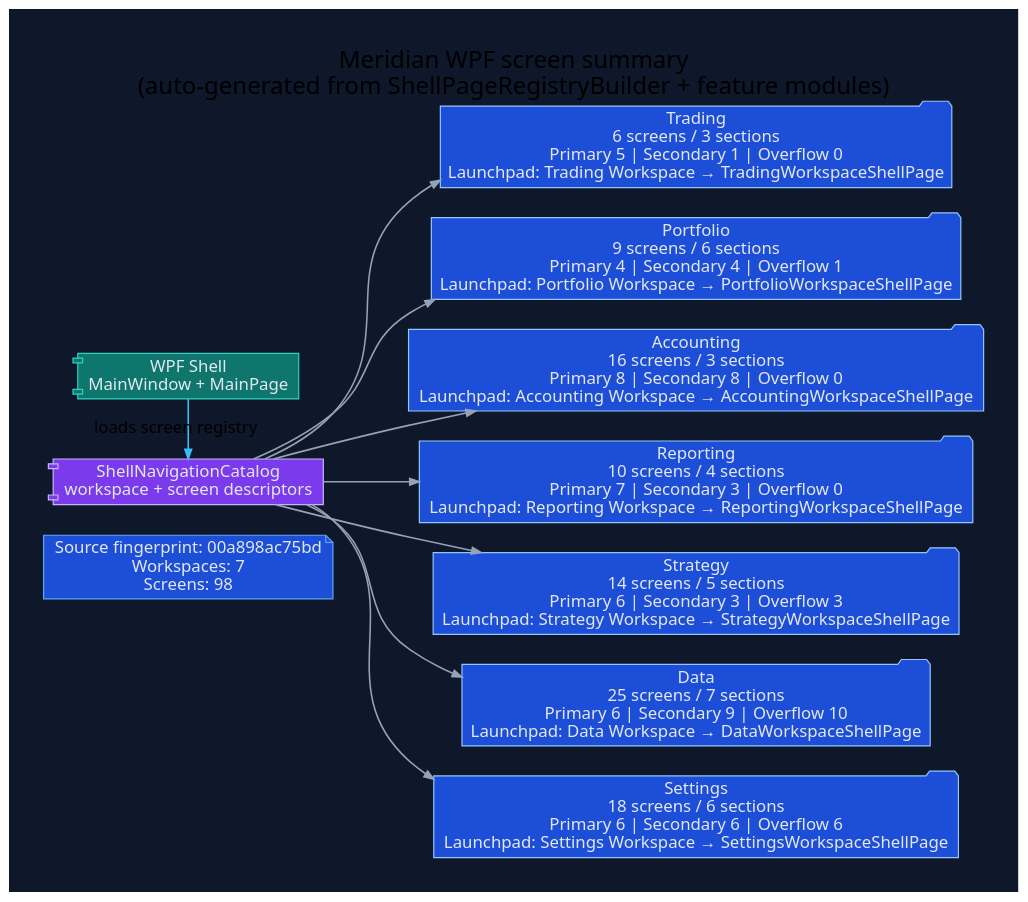
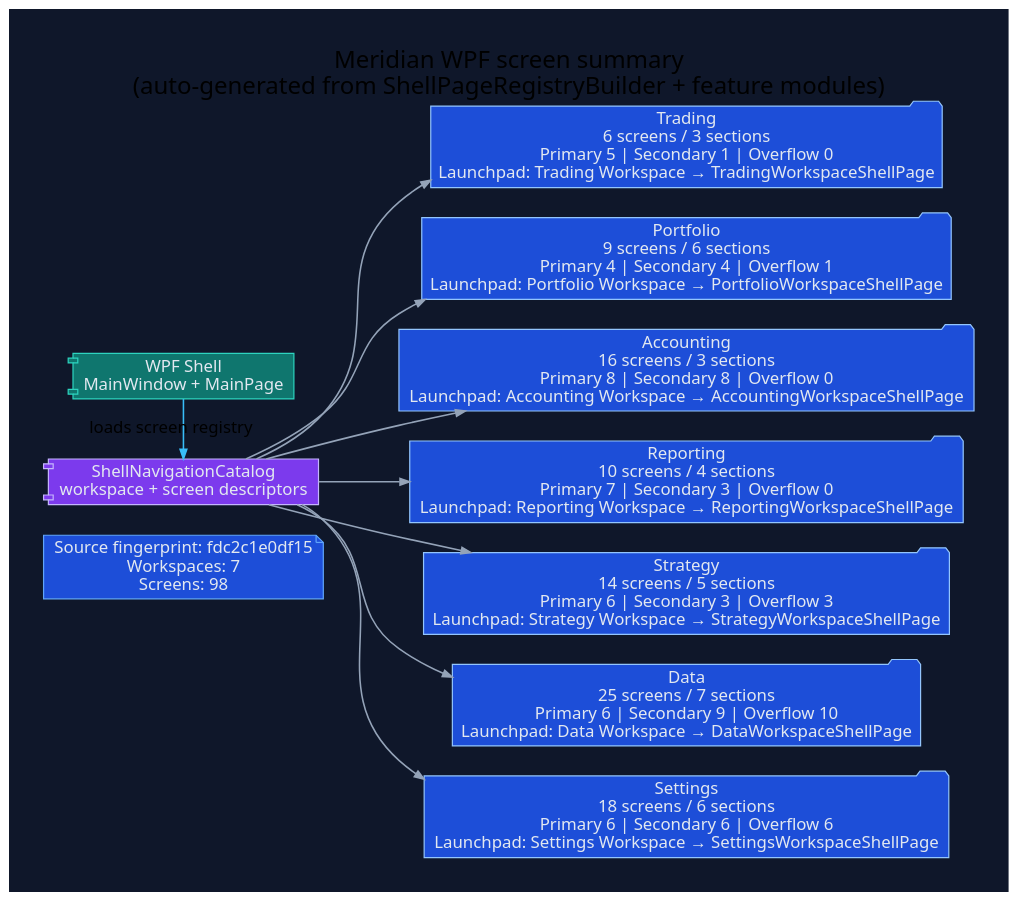
The diagram in docs/diagrams/ui-wpf-screen-summary.dot (rodoHasArrived/Meridian-main), drawn with Graphviz before and after one commit. The commit also changed 86 other files, not shown here.

```diff
--- a/docs/diagrams/ui-wpf-screen-summary.dot
+++ b/docs/diagrams/ui-wpf-screen-summary.dot
@@ -1,42 +1,42 @@
 // -----------------------------------------------------------------------------
 // <auto-generated>
 // Generated by scripts/generate-diagrams.mjs.
 // Do not edit this file directly; update the WPF source files instead.
 // -----------------------------------------------------------------------------
 digraph WpfScreenSummary {
   graph [
     rankdir=LR,
     labelloc=t,
     label="Meridian WPF screen summary\n(auto-generated from ShellPageRegistryBuilder + feature modules)",
     fontname="Segoe UI",
     fontsize=20,
     pad=0.4,
     nodesep=0.35,
     ranksep=0.85,
     bgcolor="#0f172a"
   ];
   node [fontname="Segoe UI", shape=box, style="rounded,filled", color="#475569", fontcolor="#e2e8f0", fillcolor="#1e293b"];
   edge [fontname="Segoe UI", color="#94a3b8", penwidth=1.3, arrowsize=0.8];
 
-  generated [shape=note, fillcolor="#1d4ed8", color="#60a5fa", label="Source fingerprint: 00a898ac75bd\nWorkspaces: 7\nScreens: 98"];
+  generated [shape=note, fillcolor="#1d4ed8", color="#60a5fa", label="Source fingerprint: fdc2c1e0df15\nWorkspaces: 7\nScreens: 98"];
   shell [shape=component, fillcolor="#0f766e", color="#2dd4bf", label="WPF Shell\nMainWindow + MainPage"];
   catalog [shape=component, fillcolor="#7c3aed", color="#c4b5fd", label="ShellNavigationCatalog\nworkspace + screen descriptors"];
   shell -> catalog [label="loads screen registry", color="#38bdf8"];
 
   workspace_1 [shape=folder, fillcolor="#1d4ed8", color="#93c5fd", label="Trading\n6 screens / 3 sections\nPrimary 5 | Secondary 1 | Overflow 0\nLaunchpad: Trading Workspace → TradingWorkspaceShellPage"];
   catalog -> workspace_1;
   workspace_2 [shape=folder, fillcolor="#1d4ed8", color="#93c5fd", label="Portfolio\n9 screens / 6 sections\nPrimary 4 | Secondary 4 | Overflow 1\nLaunchpad: Portfolio Workspace → PortfolioWorkspaceShellPage"];
   catalog -> workspace_2;
   workspace_3 [shape=folder, fillcolor="#1d4ed8", color="#93c5fd", label="Accounting\n16 screens / 3 sections\nPrimary 8 | Secondary 8 | Overflow 0\nLaunchpad: Accounting Workspace → AccountingWorkspaceShellPage"];
   catalog -> workspace_3;
   workspace_4 [shape=folder, fillcolor="#1d4ed8", color="#93c5fd", label="Reporting\n10 screens / 4 sections\nPrimary 7 | Secondary 3 | Overflow 0\nLaunchpad: Reporting Workspace → ReportingWorkspaceShellPage"];
   catalog -> workspace_4;
   workspace_5 [shape=folder, fillcolor="#1d4ed8", color="#93c5fd", label="Strategy\n14 screens / 5 sections\nPrimary 6 | Secondary 3 | Overflow 3\nLaunchpad: Strategy Workspace → StrategyWorkspaceShellPage"];
   catalog -> workspace_5;
   workspace_6 [shape=folder, fillcolor="#1d4ed8", color="#93c5fd", label="Data\n25 screens / 7 sections\nPrimary 6 | Secondary 9 | Overflow 10\nLaunchpad: Data Workspace → DataWorkspaceShellPage"];
   catalog -> workspace_6;
   workspace_7 [shape=folder, fillcolor="#1d4ed8", color="#93c5fd", label="Settings\n18 screens / 6 sections\nPrimary 6 | Secondary 6 | Overflow 6\nLaunchpad: Settings Workspace → SettingsWorkspaceShellPage"];
   catalog -> workspace_7;
 
   { rank=min; generated; shell; catalog; }
 }
```
